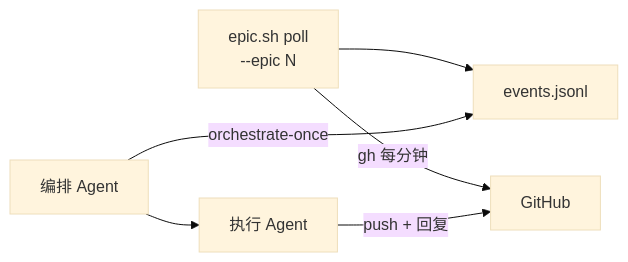
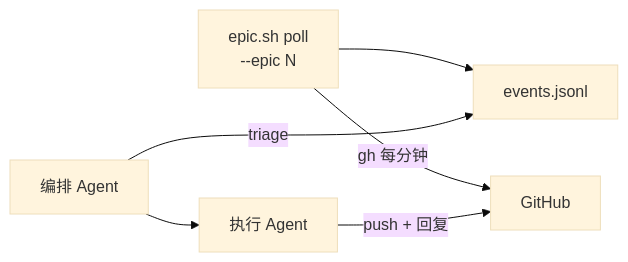
One commit to alibaba/loongcollector changed the diagram in .skill/skills/epic-delivery/references/orchestration-model.md. Above: the diagram before and after it, drawn with Mermaid (base theme). The commit also changed other lines of this file and 6 other files, not shown here.

````diff
--- a/.skill/skills/epic-delivery/references/orchestration-model.md
+++ b/.skill/skills/epic-delivery/references/orchestration-model.md
@@ -19,14 +19,14 @@
 ```mermaid
 flowchart LR
   Poll["epic.sh poll\n--epic N"]
   GH["GitHub"]
   Events["events.jsonl"]
   Orch["编排 Agent"]
   Sub["执行 Agent"]
 
   Poll -->|gh 每分钟| GH
   Poll --> Events
-  Orch -->|orchestrate-once| Events
+  Orch -->|triage| Events
   Orch --> Sub
   Sub -->|push + 回复| GH
 ```
````
